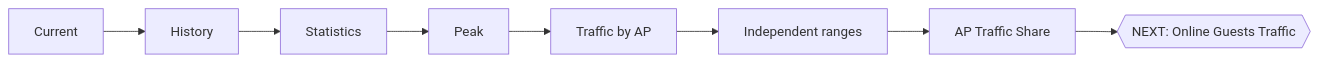
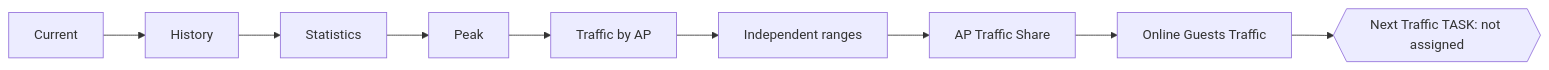
One commit to ZaurNavi/CaptivePortal changed the first of 18 diagrams in README.md. Above: the diagram before and after it, drawn with Mermaid. The commit also changed other lines of this file and 11 other files, not shown here.

````diff
--- a/README.md
+++ b/README.md
@@ -49,6 +48,6 @@
 ```mermaid
 flowchart LR
     T1[Current] --> T2[History] --> T3[Statistics] --> T4[Peak] --> T5[Traffic by AP]
-    T5 --> R[Independent ranges] --> T6[AP Traffic Share]
-    T6 --> T7{{NEXT: Online Guests Traffic}}
+    T5 --> R[Independent ranges] --> T6[AP Traffic Share] --> T7[Online Guests Traffic]
+    T7 --> N{{Next Traffic TASK: not assigned}}
 ```
````
